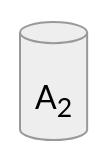
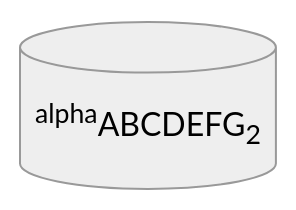
The diagram in grand_canonical.md (yamato97/science), drawn with Mermaid (neutral theme) before and after one commit.

````diff
--- a/grand_canonical.md
+++ b/grand_canonical.md
@@ -6,4 +6,4 @@
 ```mermaid
 graph LR
-NodeIdName[("A<sub>2</sub>")]
+NodeIdName[("<sup>alpha</sup>ABCDEFG<sub>2</sub>")]
 ```
````
